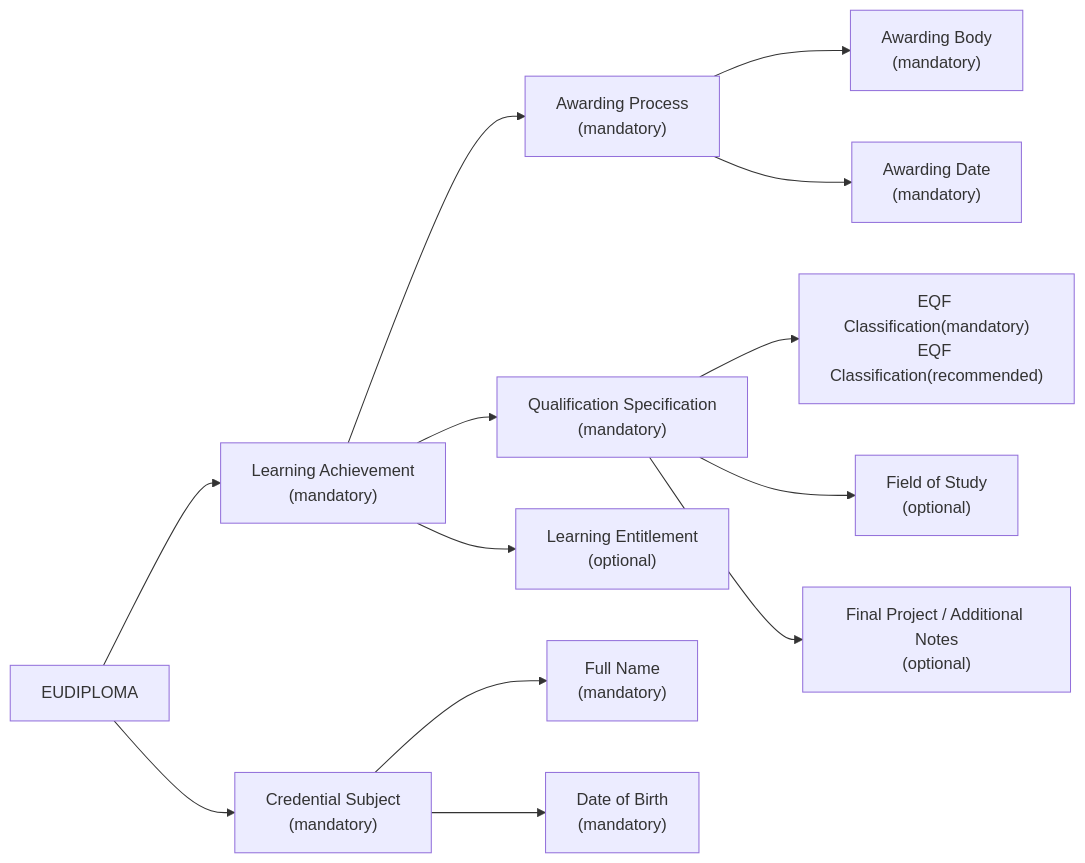
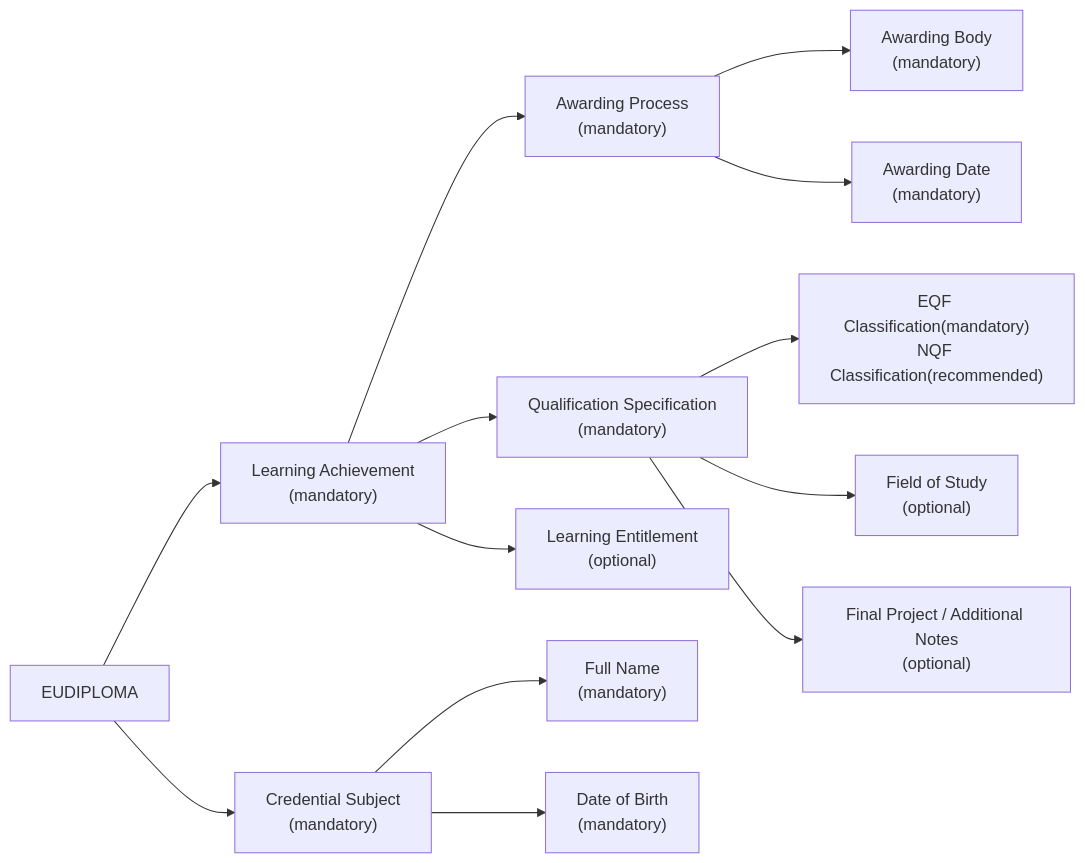
The diagram in sectorial-eaa-catalogue/formal-education/highereducation-diploma.md (dc4eu/educational-pilot), drawn with Mermaid before and after one commit.

````diff
--- a/sectorial-eaa-catalogue/formal-education/highereducation-diploma.md
+++ b/sectorial-eaa-catalogue/formal-education/highereducation-diploma.md
@@ -71,15 +71,15 @@
 ```mermaid
 flowchart LR
     A["EUDIPLOMA"] --> B["Learning Achievement<br>(mandatory)"]
     B --> C["Awarding Process<br>(mandatory)"]
     C --> D["Awarding Body<br>(mandatory)"]
     C --> E["Awarding Date<br>(mandatory)"]
     B --> F["Qualification Specification<br>(mandatory)"]
-    F --> G["EQF Classification(mandatory)<br>EQF Classification(recommended)"]
+    F --> G["EQF Classification(mandatory)<br>NQF Classification(recommended)"]
     F --> H["Field of Study<br>(optional)"]
     F --> I["Final Project / Additional Notes<br>(optional)"]
     B --> J["Learning Entitlement<br>(optional)"]
     A --> K["Credential Subject<br>(mandatory)"]
     K --> L["Full Name<br>(mandatory)"]
     K --> M["Date of Birth<br>(mandatory)"]
 ```
````
